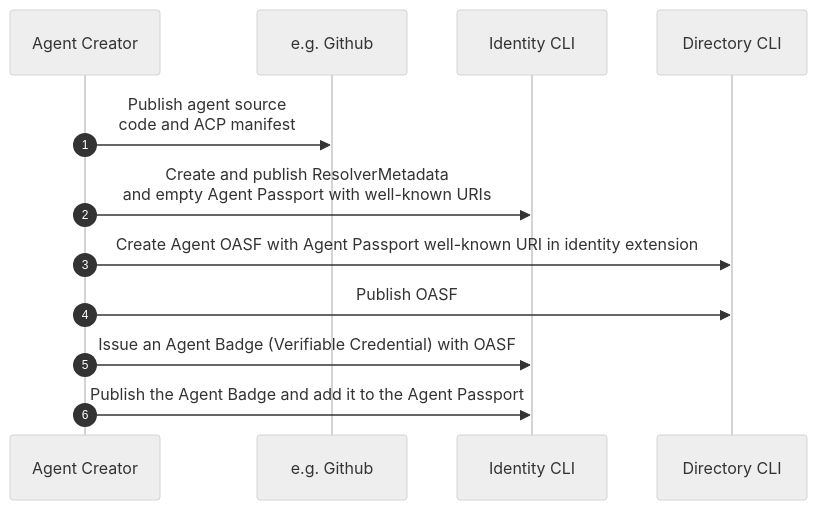
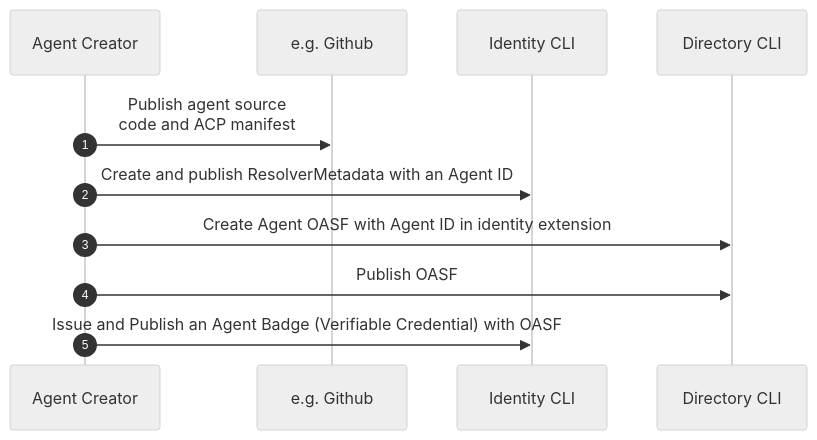
One commit to agntcy/identity-spec changed the first of 4 diagrams in docs-src/docs/specs/flows/agntcy_user.md. Above: the diagram before and after it, drawn with Mermaid (neutral theme). The commit also changed other lines of this file and 1 other file, not shown here.

Commit message:
fix: remove passport

````diff
--- a/docs-src/docs/specs/flows/agntcy_user.md
+++ b/docs-src/docs/specs/flows/agntcy_user.md
@@ -9,16 +9,14 @@
 ```mermaid
 sequenceDiagram
 autonumber
 
 Agent Creator->>e.g. Github: Publish agent source<br/>code and ACP manifest
 
-Agent Creator->>Identity CLI: Create and publish ResolverMetadata<br/>and empty Agent Passport with well-known URIs
+Agent Creator->>Identity CLI: Create and publish ResolverMetadata with an Agent ID
 
-Agent Creator->>Directory CLI: Create Agent OASF with Agent Passport well-known URI in identity extension
+Agent Creator->>Directory CLI: Create Agent OASF with Agent ID in identity extension
 
 Agent Creator->>Directory CLI: Publish OASF
 
-Agent Creator->>Identity CLI: Issue an Agent Badge (Verifiable Credential) with OASF
-
-Agent Creator->>Identity CLI: Publish the Agent Badge and add it to the Agent Passport
+Agent Creator->>Identity CLI: Issue and Publish an Agent Badge (Verifiable Credential) with OASF
 ```
````
